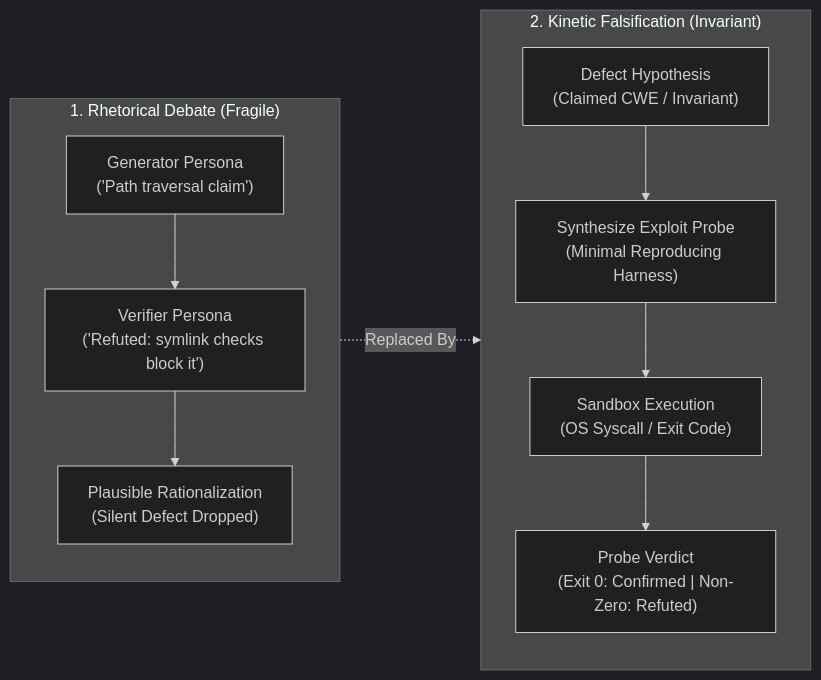
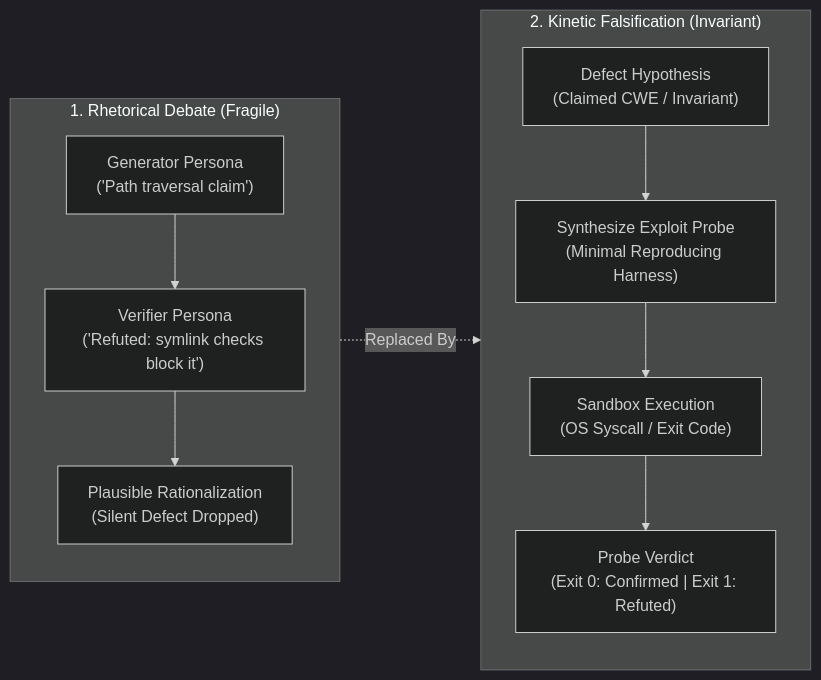
Before and after one commit to dan-petty/vibes: the first of 2 diagrams in observations/systems/30-kinetic-falsification-and-the-ephemeral-exploit-harness.md, drawn with Mermaid (dark theme). The commit also changed other lines of this file and 6 other files, not shown here.

````diff
--- a/observations/systems/30-kinetic-falsification-and-the-ephemeral-exploit-harness.md
+++ b/observations/systems/30-kinetic-falsification-and-the-ephemeral-exploit-harness.md
@@ -26,21 +26,21 @@
 ```mermaid
 flowchart LR
     subgraph RhetoricalMode ["1. Rhetorical Debate (Fragile)"]
         direction TB
         GenPersona["Generator Persona<br/>('Path traversal claim')"]
         VerPersona["Verifier Persona<br/>('Refuted: symlink checks block it')"]
         HallucinatedMitigation["Plausible Rationalization<br/>(Silent Defect Dropped)"]
         GenPersona --> VerPersona --> HallucinatedMitigation
     end
 
     subgraph KineticMode ["2. Kinetic Falsification (Invariant)"]
         direction TB
         CandidateFinding["Defect Hypothesis<br/>(Claimed CWE / Invariant)"]
         ExploitProbe["Synthesize Exploit Probe<br/>(Minimal Reproducing Harness)"]
         SandboxExecution["Sandbox Execution<br/>(OS Syscall / Exit Code)"]
-        KernelVerdict["Probe Verdict<br/>(Exit 0: Confirmed | Non-Zero: Refuted)"]
+        KernelVerdict["Probe Verdict<br/>(Exit 0: Confirmed | Exit 1: Refuted)"]
         CandidateFinding --> ExploitProbe --> SandboxExecution --> KernelVerdict
     end
 
     RhetoricalMode -.->|"Replaced By"| KineticMode
 ```
````
